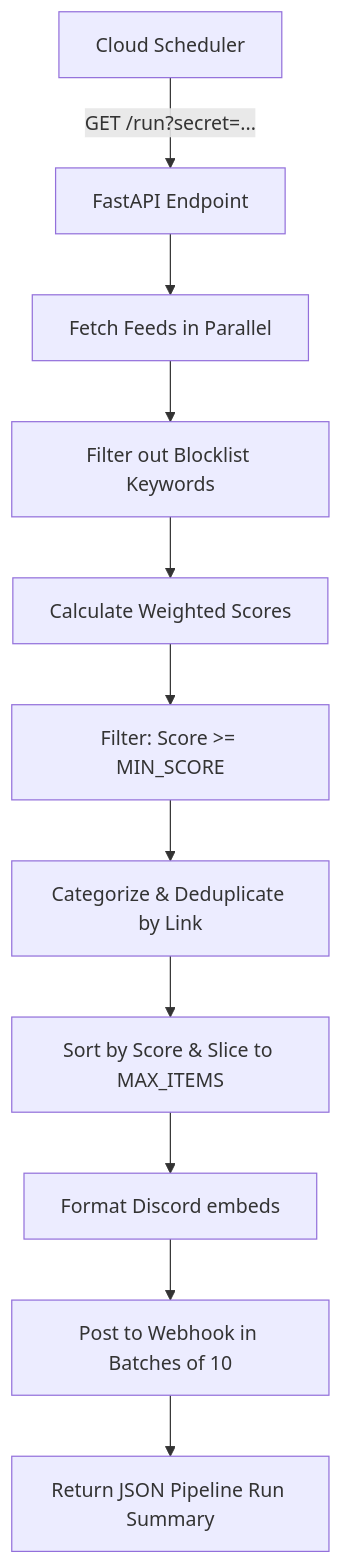
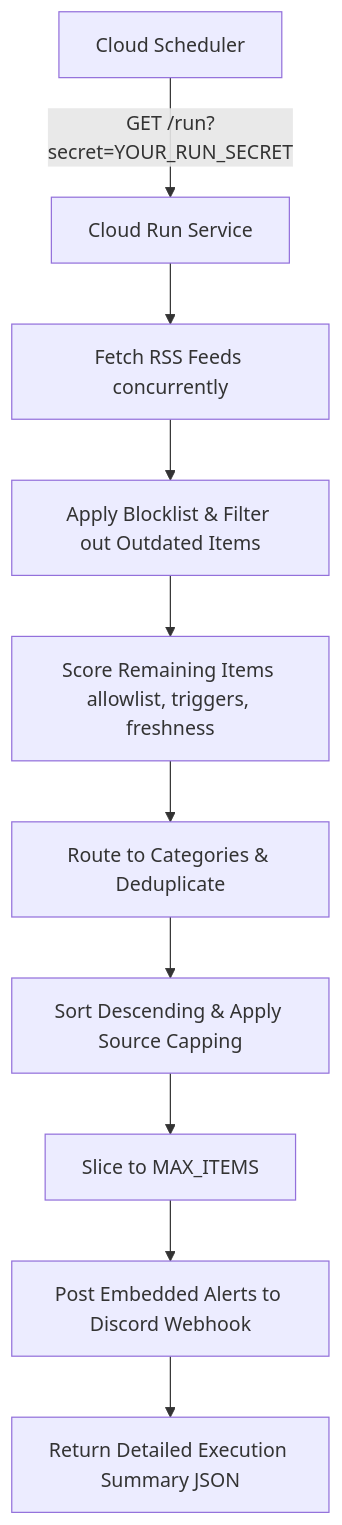
The diagram in README.md (andhikkadd/mantaww), drawn with Mermaid before and after one commit. The commit also changed other lines of this file and 5 other files, not shown here.

Commit message:
feat: implement Google Cloud Run deployment pipeline and update project documentation

````diff
--- a/README.md
+++ b/README.md
@@ -30,13 +53,12 @@
 ```mermaid
 graph TD
-    A[Cloud Scheduler] -->|GET /run?secret=...| B[FastAPI Endpoint]
-    B --> C[Fetch Feeds in Parallel]
-    C --> D[Filter out Blocklist Keywords]
-    D --> E[Calculate Weighted Scores]
-    E --> F[Filter: Score >= MIN_SCORE]
-    F --> G[Categorize & Deduplicate by Link]
-    G --> H[Sort by Score & Slice to MAX_ITEMS]
-    H --> I[Format Discord embeds]
-    I --> J[Post to Webhook in Batches of 10]
-    J --> K[Return JSON Pipeline Run Summary]
+    A[Cloud Scheduler] -->|GET /run?secret=YOUR_RUN_SECRET| B[Cloud Run Service]
+    B --> C[Fetch RSS Feeds concurrently]
+    C --> D[Apply Blocklist & Filter out Outdated Items]
+    D --> E[Score Remaining Items allowlist, triggers, freshness]
+    E --> F[Route to Categories & Deduplicate]
+    F --> G[Sort Descending & Apply Source Capping]
+    G --> H[Slice to MAX_ITEMS]
+    H --> I[Post Embedded Alerts to Discord Webhook]
+    I --> J[Return Detailed Execution Summary JSON]
 ```
````
